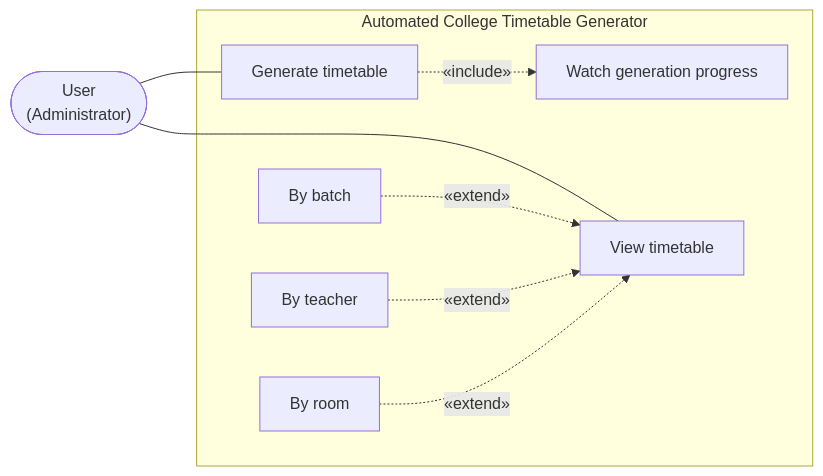
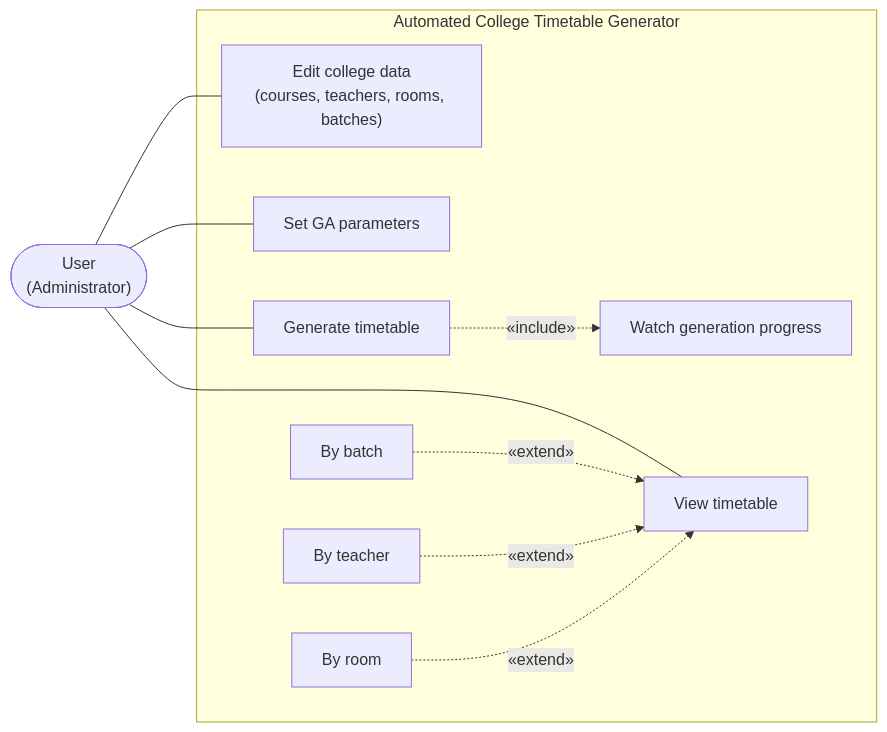
One commit to prajwalbasnet4400/schedular changed the first of 4 diagrams in docs/UML.md. Above: the diagram before and after it, drawn with Mermaid. The commit also changed other lines of this file and 20 other files, not shown here.

First line of the commit message:
Add editable data and parameters, shrink sample data, annotate

````diff
--- a/docs/UML.md
+++ b/docs/UML.md
@@ -13,21 +13,25 @@
 ```mermaid
 flowchart LR
   User(["User<br/>(Administrator)"])
 
   subgraph System["Automated College Timetable Generator"]
+    UCD["Edit college data<br/>(courses, teachers, rooms, batches)"]
+    UC0["Set GA parameters"]
     UC1["Generate timetable"]
     UC2["Watch generation progress"]
     UC3["View timetable"]
     UC4["By batch"]
     UC5["By teacher"]
     UC6["By room"]
   end
 
+  User --- UCD
+  User --- UC0
   User --- UC1
   User --- UC3
 
   UC1 -.->|"&laquo;include&raquo;"| UC2
   UC4 -.->|"&laquo;extend&raquo;"| UC3
   UC5 -.->|"&laquo;extend&raquo;"| UC3
   UC6 -.->|"&laquo;extend&raquo;"| UC3
 ```
````
